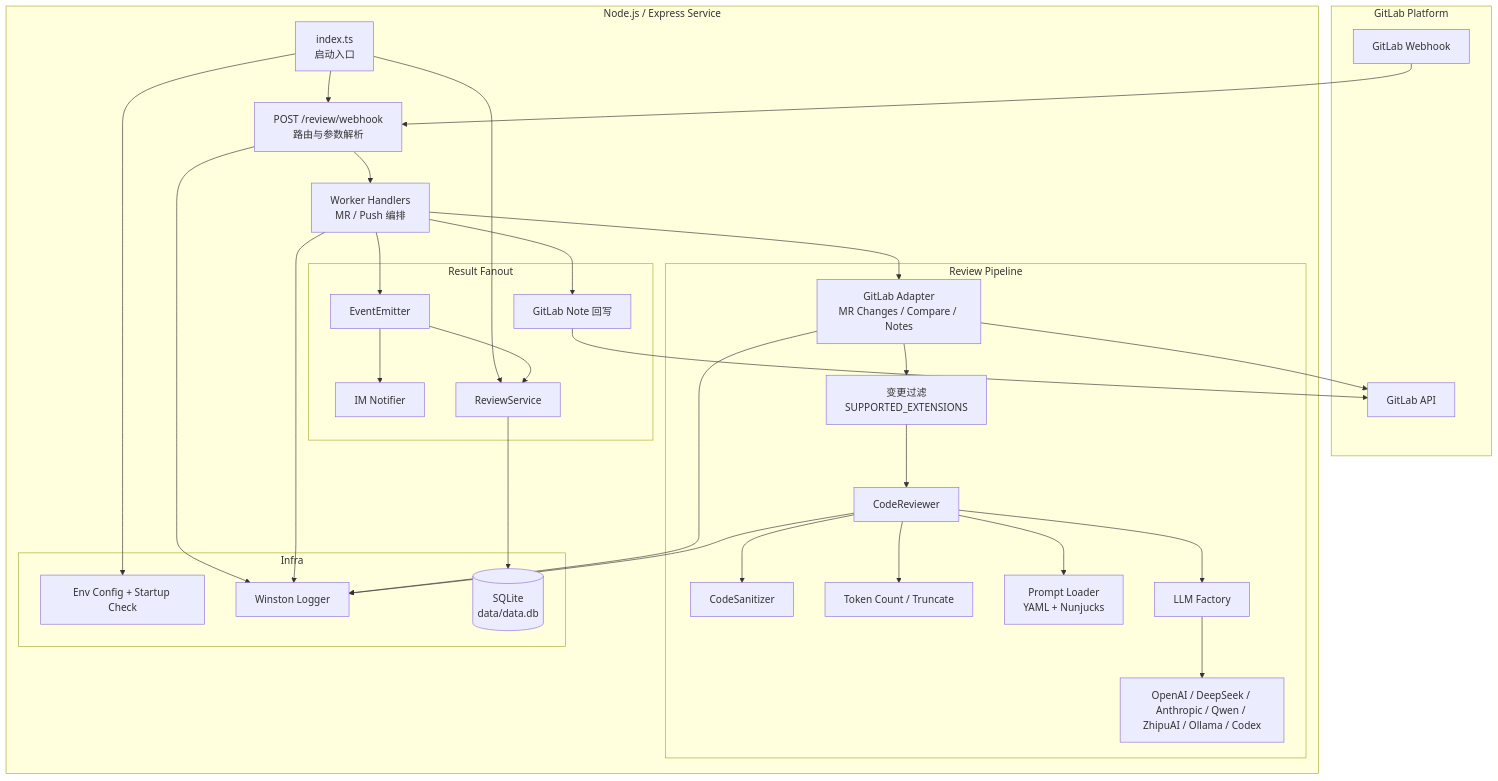
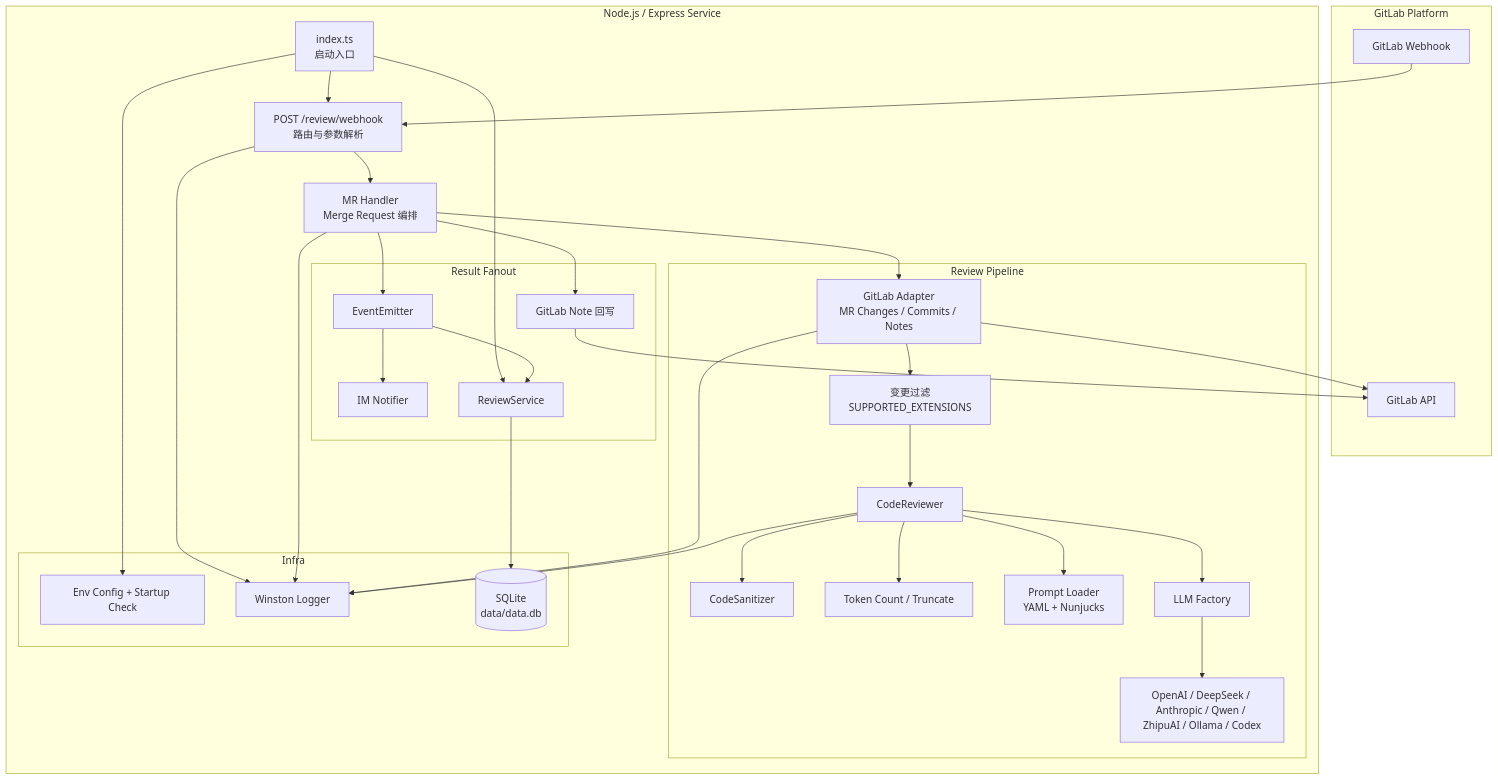
One commit to iplaycodex/ai-codereview-ts changed the first of 2 diagrams in ARCHITECTURE.md. Above: the diagram before and after it, drawn with Mermaid. The commit also changed other lines of this file and 3 other files, not shown here.

````diff
--- a/ARCHITECTURE.md
+++ b/ARCHITECTURE.md
@@ -5,66 +5,66 @@
 ```mermaid
 graph TB
     subgraph GitLab Platform
         GL_WH[GitLab Webhook]
         GL_API[GitLab API]
     end
 
     subgraph Service[Node.js / Express Service]
         ENTRY[index.ts<br/>启动入口]
         ROUTE[POST /review/webhook<br/>路由与参数解析]
-        HANDLER[Worker Handlers<br/>MR / Push 编排]
+        HANDLER[MR Handler<br/>Merge Request 编排]
 
         subgraph Review Pipeline
-            ADAPTER[GitLab Adapter<br/>MR Changes / Compare / Notes]
+            ADAPTER[GitLab Adapter<br/>MR Changes / Commits / Notes]
             FILTER[变更过滤<br/>SUPPORTED_EXTENSIONS]
             REVIEWER[CodeReviewer]
             SANITIZER[CodeSanitizer]
             TOKEN[Token Count / Truncate]
             PROMPT[Prompt Loader<br/>YAML + Nunjucks]
             FACTORY[LLM Factory]
             PROVIDERS[OpenAI / DeepSeek / Anthropic / Qwen / ZhipuAI / Ollama / Codex]
         end
 
         subgraph Result Fanout
             EVENT[EventEmitter]
             NOTE[GitLab Note 回写]
             NOTIFY[IM Notifier]
             STORE[ReviewService]
         end
 
         subgraph Infra
             CONFIG[Env Config + Startup Check]
             LOG[Winston Logger]
             DB[(SQLite<br/>data/data.db)]
         end
     end
 
     GL_WH --> ROUTE
     ENTRY --> CONFIG
     ENTRY --> ROUTE
     ENTRY --> STORE
     ROUTE --> HANDLER
 
     HANDLER --> ADAPTER
     ADAPTER --> FILTER
     FILTER --> REVIEWER
     REVIEWER --> SANITIZER
     REVIEWER --> TOKEN
     REVIEWER --> PROMPT
     REVIEWER --> FACTORY
     FACTORY --> PROVIDERS
 
     HANDLER --> NOTE
     HANDLER --> EVENT
     ADAPTER --> GL_API
     NOTE --> GL_API
 
     EVENT --> NOTIFY
     EVENT --> STORE
     STORE --> DB
 
     ROUTE --> LOG
     HANDLER --> LOG
     ADAPTER --> LOG
     REVIEWER --> LOG
 ```
````
